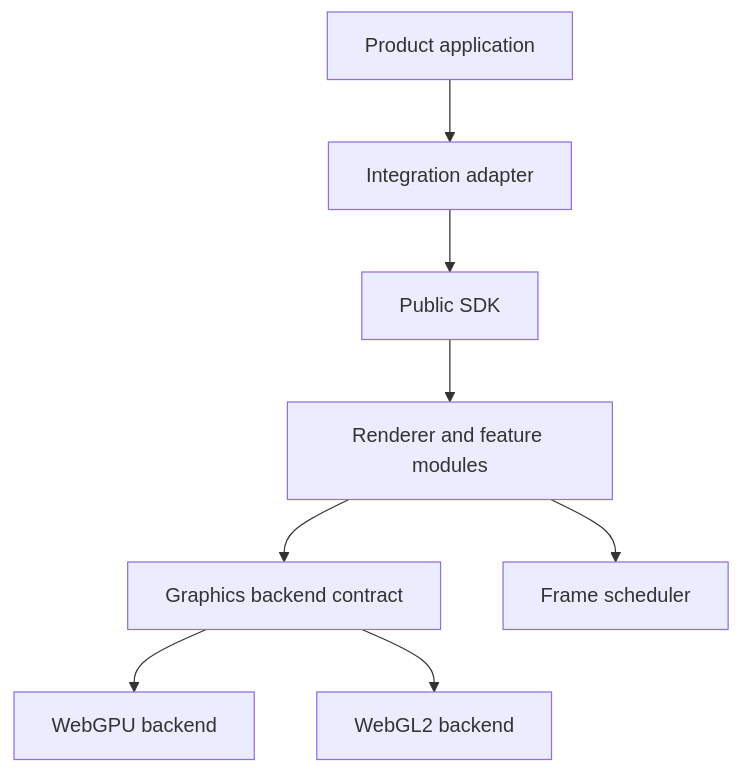
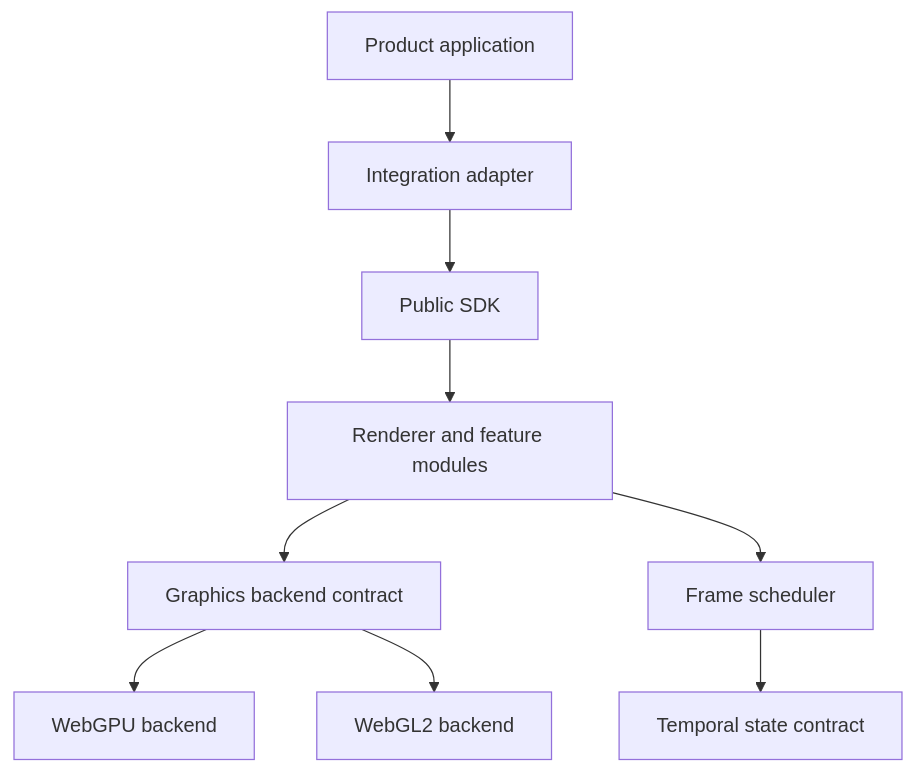
One commit to urashima/Kyxos-Render-Engine changed the diagram in docs/architecture/overview.md. Above: the diagram before and after it, drawn with Mermaid. The commit also changed other lines of this file and 26 other files, not shown here.

Commit message:
feat(phase-04): add temporal scheduling contract

````diff
--- a/docs/architecture/overview.md
+++ b/docs/architecture/overview.md
@@ -9,10 +9,11 @@
 ```mermaid
 flowchart TD
   Product[Product application] --> Adapter[Integration adapter]
   Adapter --> SDK[Public SDK]
   SDK --> Renderer[Renderer and feature modules]
   Renderer --> Backend[Graphics backend contract]
   Renderer --> Scheduler[Frame scheduler]
+  Scheduler --> Temporal[Temporal state contract]
   Backend --> WebGPU[WebGPU backend]
   Backend --> WebGL2[WebGL2 backend]
 ```
````
